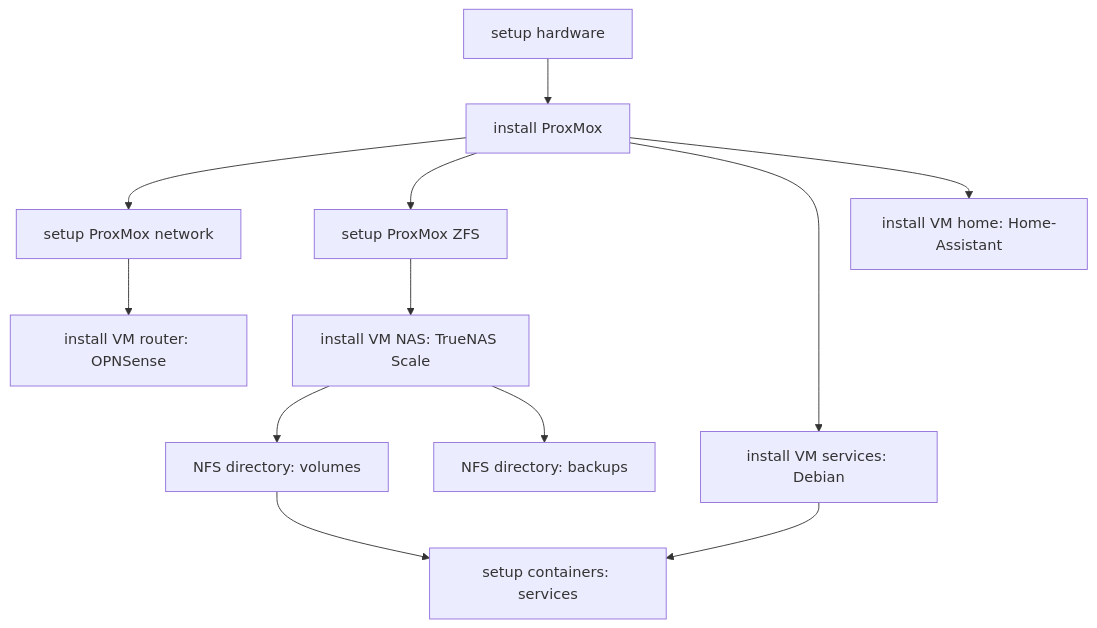
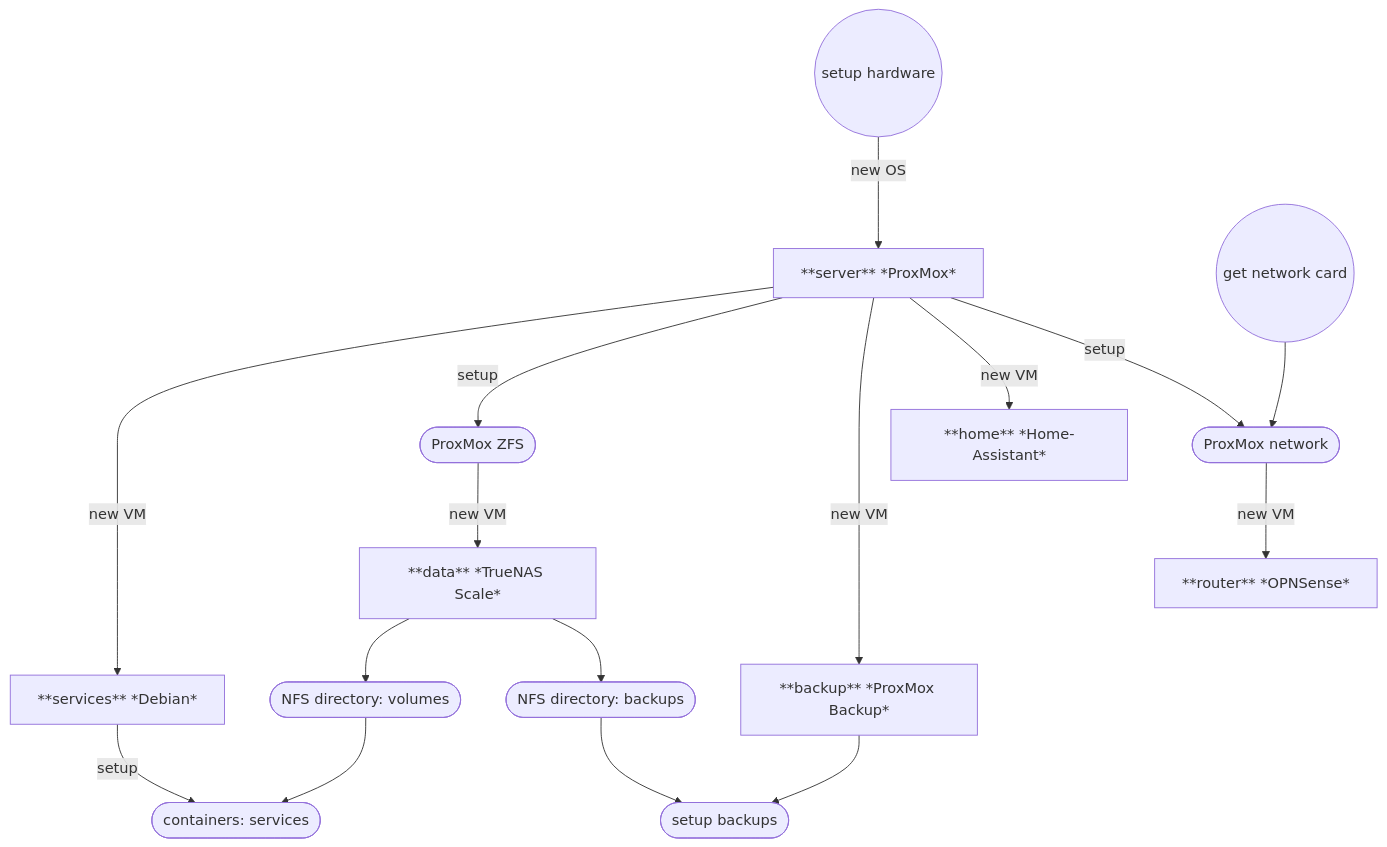
Before and after one commit to Henahax/homelab: the diagram in INSTALLATION.md, drawn with Mermaid.

````diff
--- a/INSTALLATION.md
+++ b/INSTALLATION.md
@@ -33,24 +33,36 @@
 ```mermaid
    graph TD;
-   hardware[setup hardware]
-   proxmox[install ProxMox]
-   network[setup ProxMox network]
-   zfs[setup ProxMox ZFS]
-   vm-router[install VM router: OPNSense]
-   vm-nas[install VM NAS: TrueNAS Scale]
-   vm-services[install VM services: Debian]
-   vm-home[install VM home: Home-Assistant]
-   directory-volumes[NFS directory: volumes]
-   directory-backups[NFS directory: backups]
-   containers[setup containers: services]
+   hardware((setup hardware))
 
-   hardware-->proxmox-->network
-   proxmox-->zfs-->vm-nas-->directory-volumes
+   proxmox[**server** *ProxMox*]
+
+   vm-services[**services** *Debian*]
+   vm-nas[**data** *TrueNAS Scale*]
+   vm-backup[**backup** *ProxMox Backup*]
+   vm-home[**home** *Home-Assistant*]
+   zfs([ProxMox ZFS])
+   directory-volumes([NFS directory: volumes])
+   directory-backups([NFS directory: backups])
+   containers([containers: services]) 
+   backup([setup backups])
+   network-card((get network card))
+   network([ProxMox network])
+   vm-router[**router** *OPNSense*]
+
+
+   hardware--new OS-->proxmox
+   proxmox--new VM-->vm-services
+   proxmox--setup-->zfs
+   proxmox--new VM-->vm-backup
+   proxmox--new VM-->vm-home
+   proxmox--setup-->network
+   zfs--new VM-->vm-nas
+   vm-nas-->directory-volumes
    vm-nas-->directory-backups
-   network-->vm-router
-   proxmox-->vm-services
-   proxmox-->vm-home
+   network--new VM-->vm-router
    directory-volumes-->containers
-   vm-services-->containers
-
+   vm-services--setup-->containers
+   network-card-->network
+   vm-backup-->backup
+   directory-backups-->backup
 ```
````
